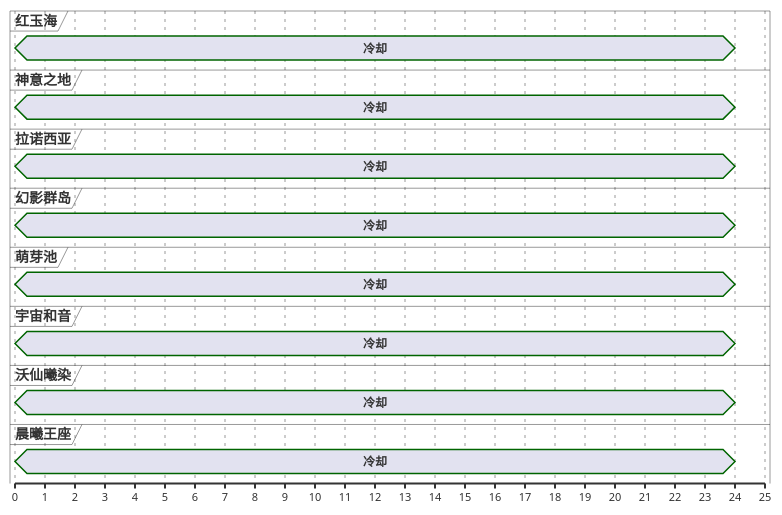
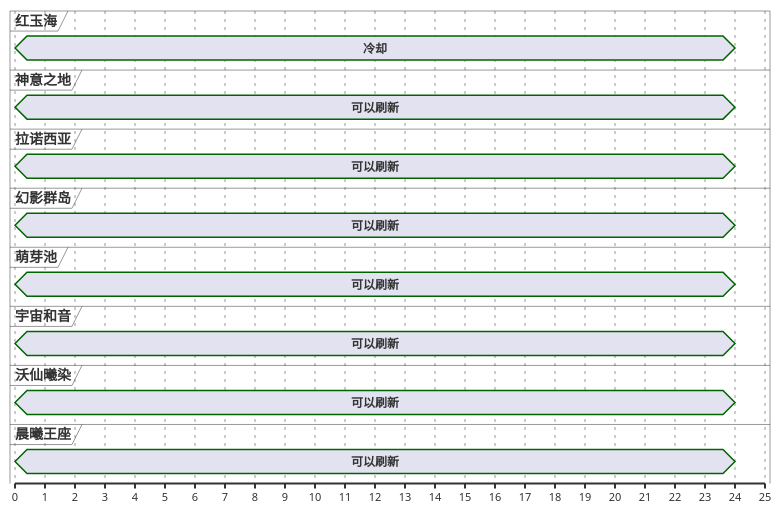
The first of 13 diagrams in ffxiv/hunt/2.0/Laideronnette.md (Eroleice/doc-pi), drawn with PlantUML before and after one commit. The commit also changed other lines of this file and 38 other files, not shown here.

````diff
--- a/ffxiv/hunt/2.0/Laideronnette.md
+++ b/ffxiv/hunt/2.0/Laideronnette.md
@@ -33,47 +33,54 @@
 ```plantuml
 @startuml
 scale 1 as 30 pixels
 
 concise 红玉海
 concise 神意之地
 concise 拉诺西亚
 concise 幻影群岛
 concise 萌芽池
 concise 宇宙和音
 concise 沃仙曦染
 concise 晨曦王座
 
-@神意之地
-0 is 冷却
+@宇宙和音
+0 is 可以刷新
+0 is 强制刷新
+24 is {hidden}
+
+@萌芽池
+0 is 可以刷新
+0 is 强制刷新
 24 is {hidden}
 
 @拉诺西亚
-0 is 冷却
+0 is 可以刷新
+0 is 强制刷新
 24 is {hidden}
 
-@萌芽池
-0 is 冷却
+@晨曦王座
+0 is 可以刷新
+0 is 强制刷新
+24 is {hidden}
+
+@神意之地
+0 is 可以刷新
+0 is 强制刷新
 24 is {hidden}
 
 @幻影群岛
-0 is 冷却
-24 is {hidden}
-
-@晨曦王座
-0 is 冷却
-24 is {hidden}
-
-@宇宙和音
-0 is 冷却
+0 is 可以刷新
+0 is 强制刷新
 24 is {hidden}
 
 @沃仙曦染
-0 is 冷却
+0 is 可以刷新
+0 is 强制刷新
 24 is {hidden}
 
 @红玉海
 0 is 冷却
 24 is {hidden}
 
 @enduml
 ```
````
